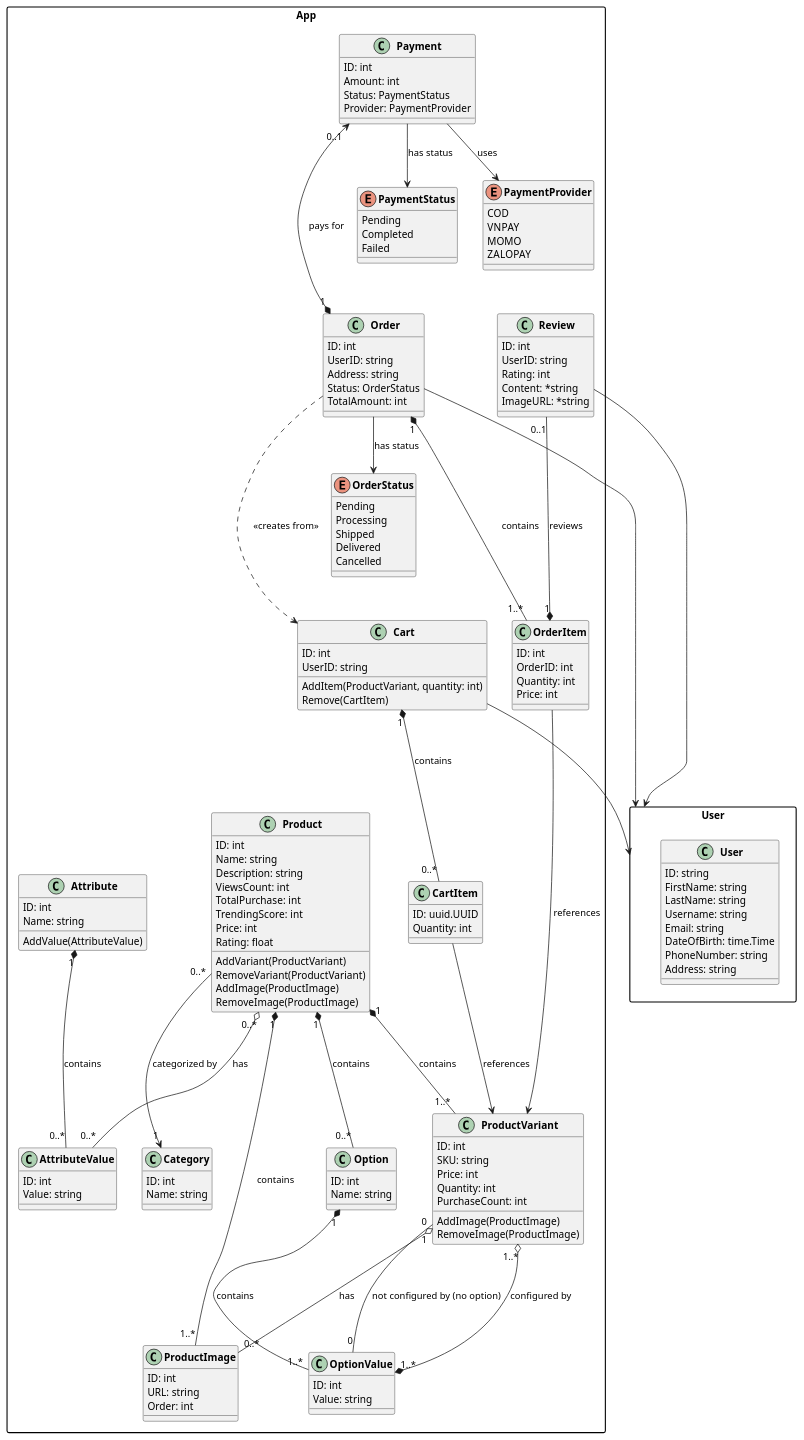
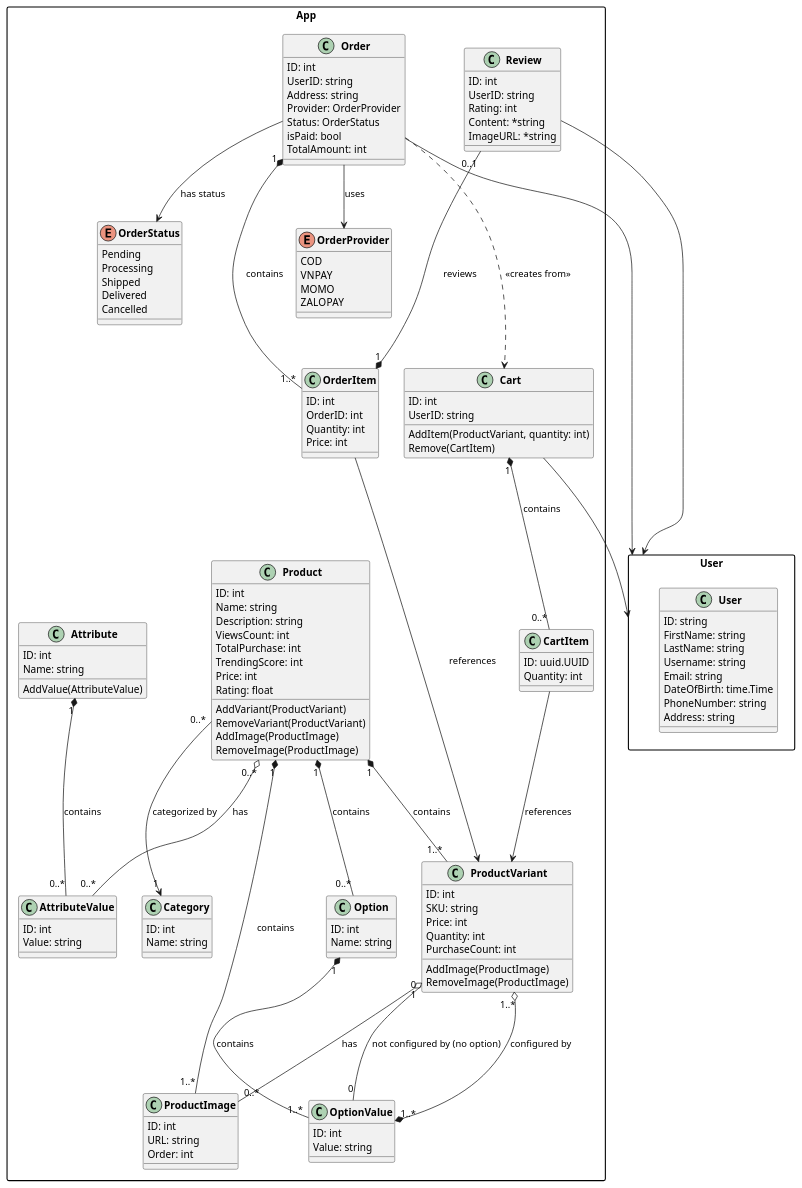
One commit to electricilies/electricilies.github.io changed the diagram in docs/software-docs/class/index.md. Above: the diagram before and after it, drawn with PlantUML.

Commit message:
fix(class): merge order payment

```diff
--- a/docs/software-docs/class/index.md
+++ b/docs/software-docs/class/index.md
@@ -101,7 +101,9 @@
         ID: int
         UserID: string
         Address: string
+        Provider: OrderProvider
         Status: OrderStatus
+        isPaid: bool
         TotalAmount: int
     }
 
@@ -120,21 +122,7 @@
         Price: int
     }
 
-    ' ----- Payment -----
-    class Payment {
-        ID: int
-        Amount: int
-        Status: PaymentStatus
-        Provider: PaymentProvider
-    }
-
-    enum PaymentStatus {
-        Pending
-        Completed
-        Failed
-    }
-
-    enum PaymentProvider {
+    enum OrderProvider {
         COD
         VNPAY
         MOMO
@@ -184,12 +172,8 @@
 
     ' Order depends on Cart (dependency)
     Order ...> Cart : <<creates from>>
+    Order --> OrderProvider : uses
     Order --> OrderStatus : has status
-
-    ' Payment relationships
-    Payment "0..1" <---* "1" Order : pays for
-    Payment --> PaymentStatus : has status
-    Payment --> PaymentProvider : uses
 
     ' Review relationships
     Review "0..1" ---* "1" OrderItem : reviews
```
